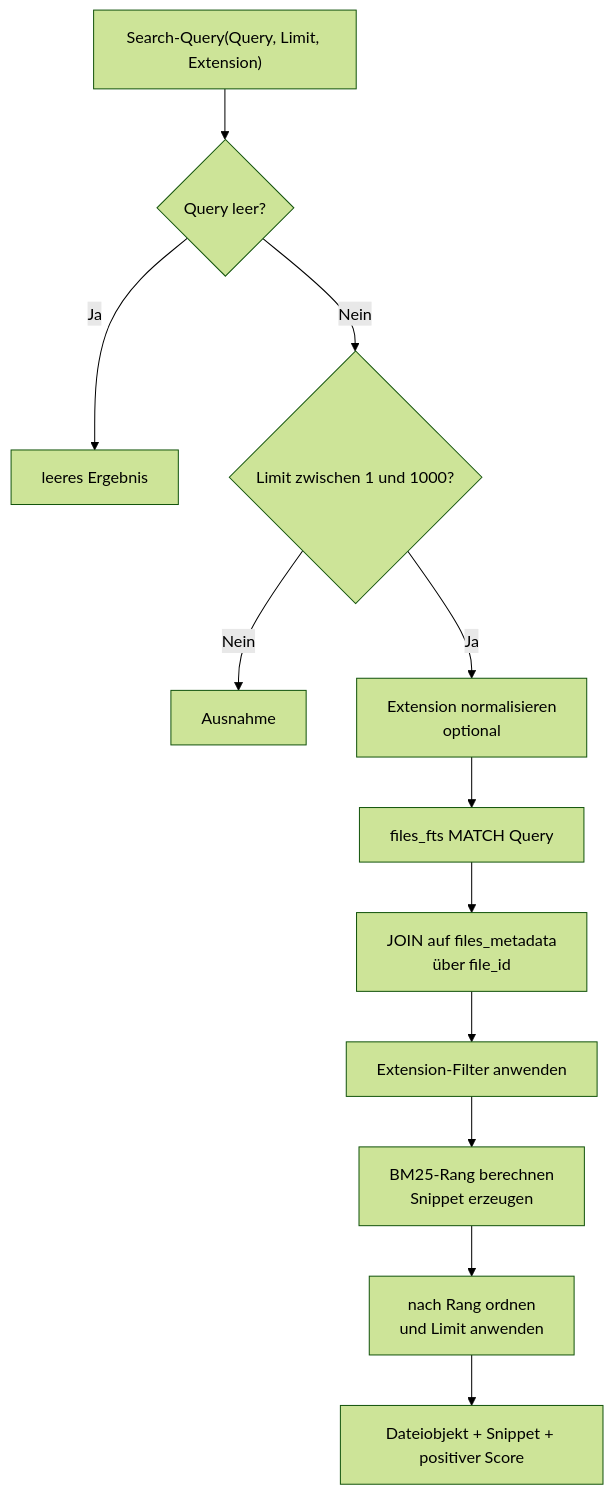
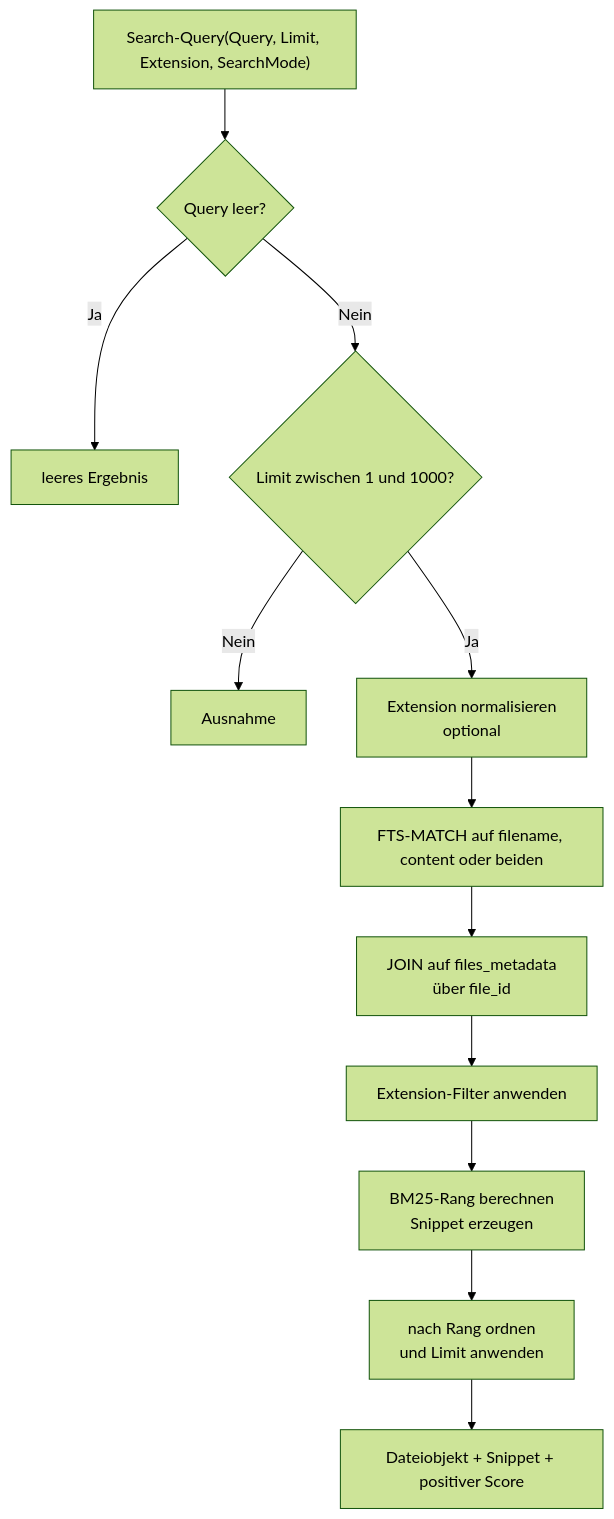
The third of 12 diagrams in DATABASE.md (Henry-lge/PowerShell-Suchmaschine), drawn with Mermaid (forest theme) before and after one commit. The commit also changed other lines of this file and 4 other files, not shown here.

````diff
--- a/DATABASE.md
+++ b/DATABASE.md
@@ -389,14 +413,14 @@
 ```mermaid
 flowchart TD
-    A["Search-Query(Query, Limit, Extension)"] --> B{"Query leer?"}
+    A["Search-Query(Query, Limit, Extension, SearchMode)"] --> B{"Query leer?"}
     B -- Ja --> C["leeres Ergebnis"]
     B -- Nein --> D{"Limit zwischen 1 und 1000?"}
     D -- Nein --> E["Ausnahme"]
     D -- Ja --> F["Extension normalisieren<br/>optional"]
-    F --> G["files_fts MATCH Query"]
+    F --> G["FTS-MATCH auf filename, content oder beiden"]
     G --> H["JOIN auf files_metadata<br/>über file_id"]
     H --> I["Extension-Filter anwenden"]
     I --> J["BM25-Rang berechnen<br/>Snippet erzeugen"]
     J --> K["nach Rang ordnen<br/>und Limit anwenden"]
     K --> L["Dateiobjekt + Snippet + positiver Score"]
 ```
````
